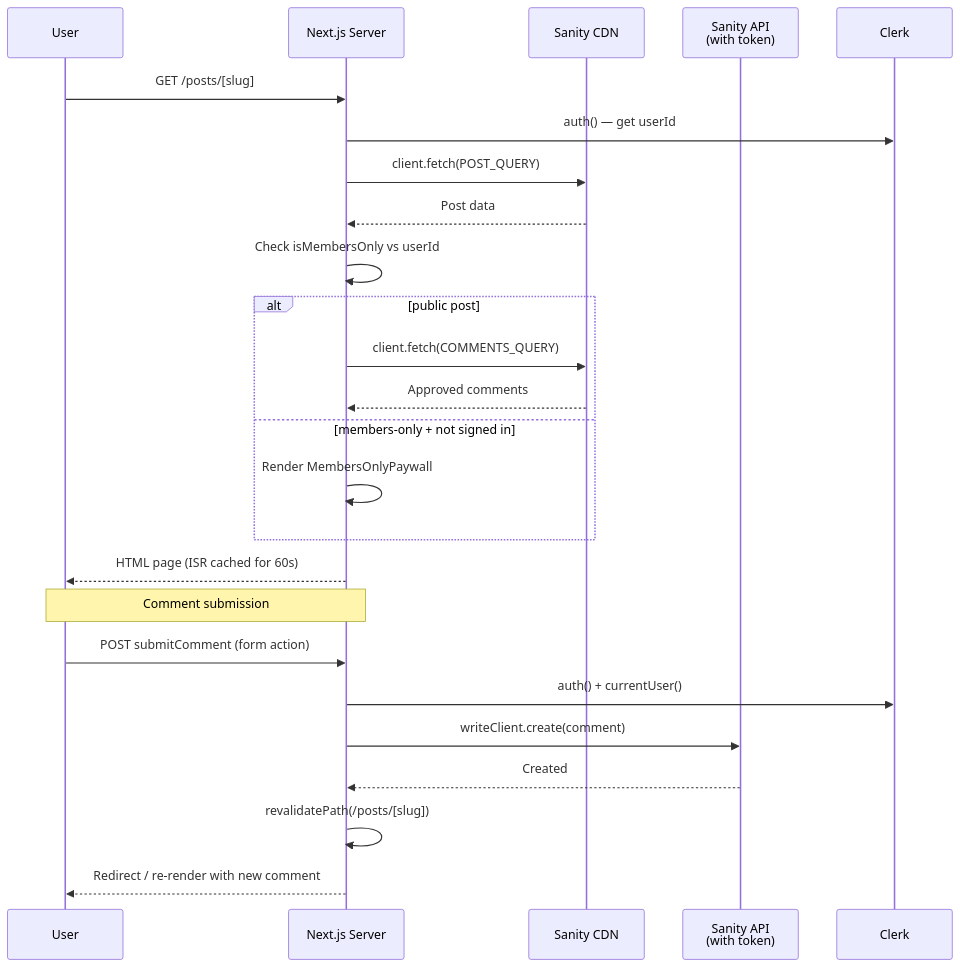
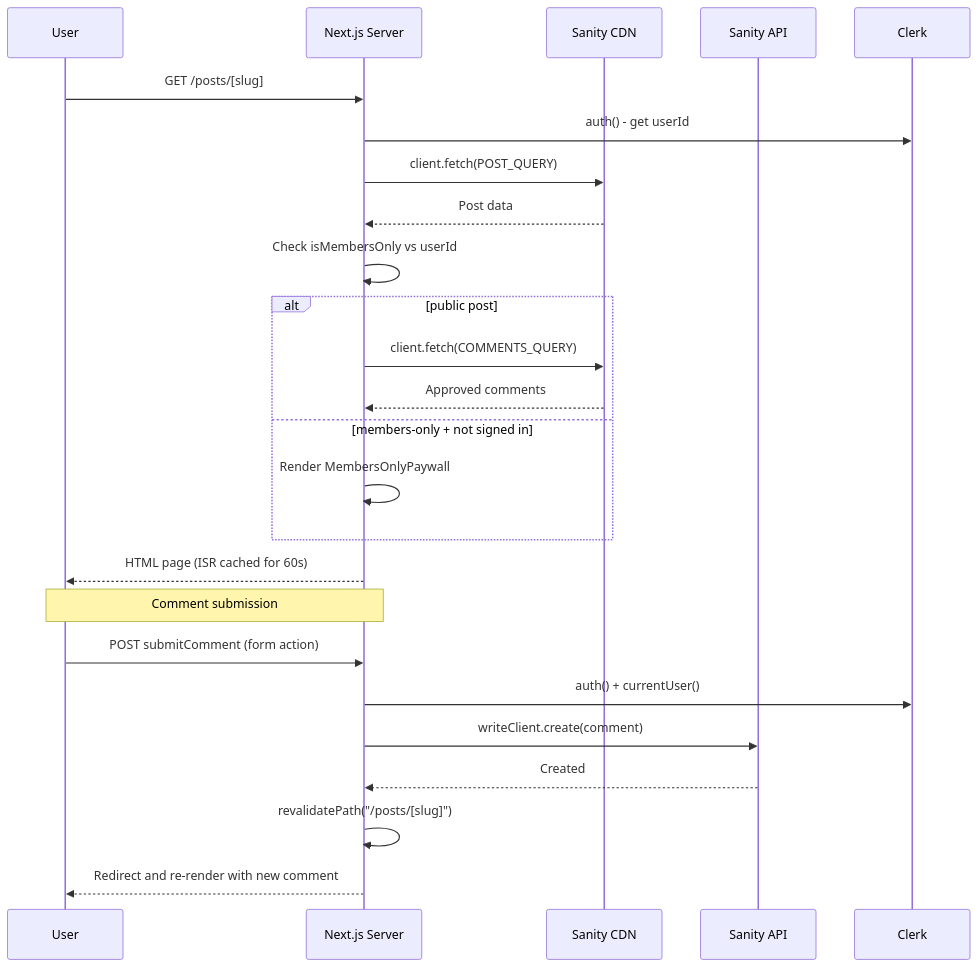
Before and after one commit to seanwhs/grey-matter-journal: the third of 8 diagrams in docs/architecture.md, drawn with Mermaid. The commit also changed other lines of this file, not shown here.

````diff
--- a/docs/architecture.md
+++ b/docs/architecture.md
@@ -104,29 +105,29 @@
 ```mermaid
 sequenceDiagram
     participant User
     participant Next as Next.js Server
     participant Sanity as Sanity CDN
-    participant Write as Sanity API<br/>(with token)
+    participant Write as Sanity API
     participant Clerk
 
     User->>Next: GET /posts/[slug]
-    Next->>Clerk: auth() — get userId
+    Next->>Clerk: auth() - get userId
     Next->>Sanity: client.fetch(POST_QUERY)
     Sanity-->>Next: Post data
     Next->>Next: Check isMembersOnly vs userId
     alt public post
         Next->>Sanity: client.fetch(COMMENTS_QUERY)
         Sanity-->>Next: Approved comments
     else members-only + not signed in
         Next->>Next: Render MembersOnlyPaywall
     end
     Next-->>User: HTML page (ISR cached for 60s)
 
     Note over User,Next: Comment submission
     User->>Next: POST submitComment (form action)
     Next->>Clerk: auth() + currentUser()
     Next->>Write: writeClient.create(comment)
     Write-->>Next: Created
-    Next->>Next: revalidatePath(/posts/[slug])
-    Next-->>User: Redirect / re-render with new comment
+    Next->>Next: revalidatePath("/posts/[slug]")
+    Next-->>User: Redirect and re-render with new comment
 ```
````
